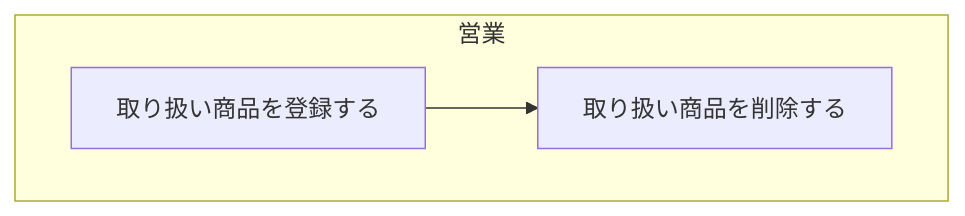
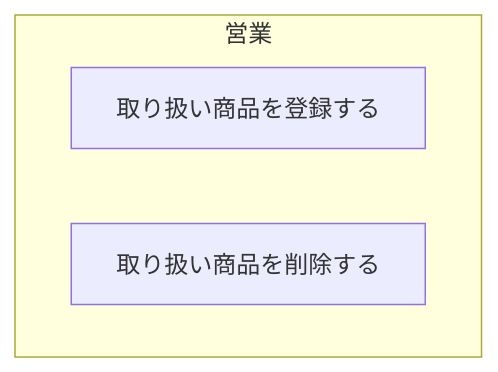
Diagram 25 of 37 in docs/rdra/diagrams.md (Nke0628/rdra-webapp), drawn with Mermaid before and after one commit. The commit also changed other lines of this file and 10 other files, not shown here.

First line of the commit message:
rdra: BUCの表に先・次の列を足し、業務フロー図を描く(追加質問 1件)

````diff
--- a/docs/rdra/diagrams.md
+++ b/docs/rdra/diagrams.md
@@ -402,9 +598,8 @@
 ```mermaid
 flowchart TB
   subgraph l1["営業"]
     act2["取り扱い商品を登録する"]
     act3["取り扱い商品を削除する"]
   end
-  act2 --> act3
   classDef hyp stroke-dasharray:5 5,stroke:#d97706,color:#92400e
 ```
````
